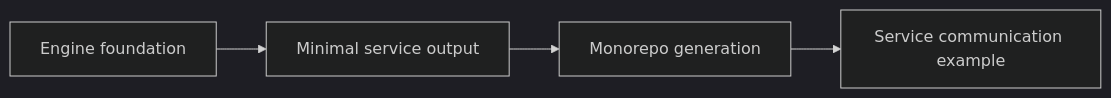
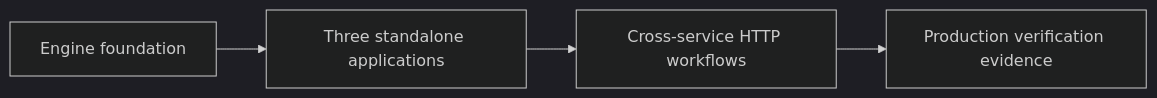
Before and after one commit to zoe606/gobase: the first of 2 diagrams in docs/roadmap.md, drawn with Mermaid (dark theme). The commit also changed other lines of this file and 47 other files, not shown here.

````diff
--- a/docs/roadmap.md
+++ b/docs/roadmap.md
@@ -29,6 +31,6 @@
 ```mermaid
 flowchart LR
-    Foundation[Engine foundation] --> Minimal[Minimal service output]
-    Minimal --> Monorepo[Monorepo generation]
-    Monorepo --> Example[Service communication example]
+    Foundation[Engine foundation] --> Applications[Three standalone applications]
+    Applications --> HTTP[Cross-service HTTP workflows]
+    HTTP --> Evidence[Production verification evidence]
 ```
````
